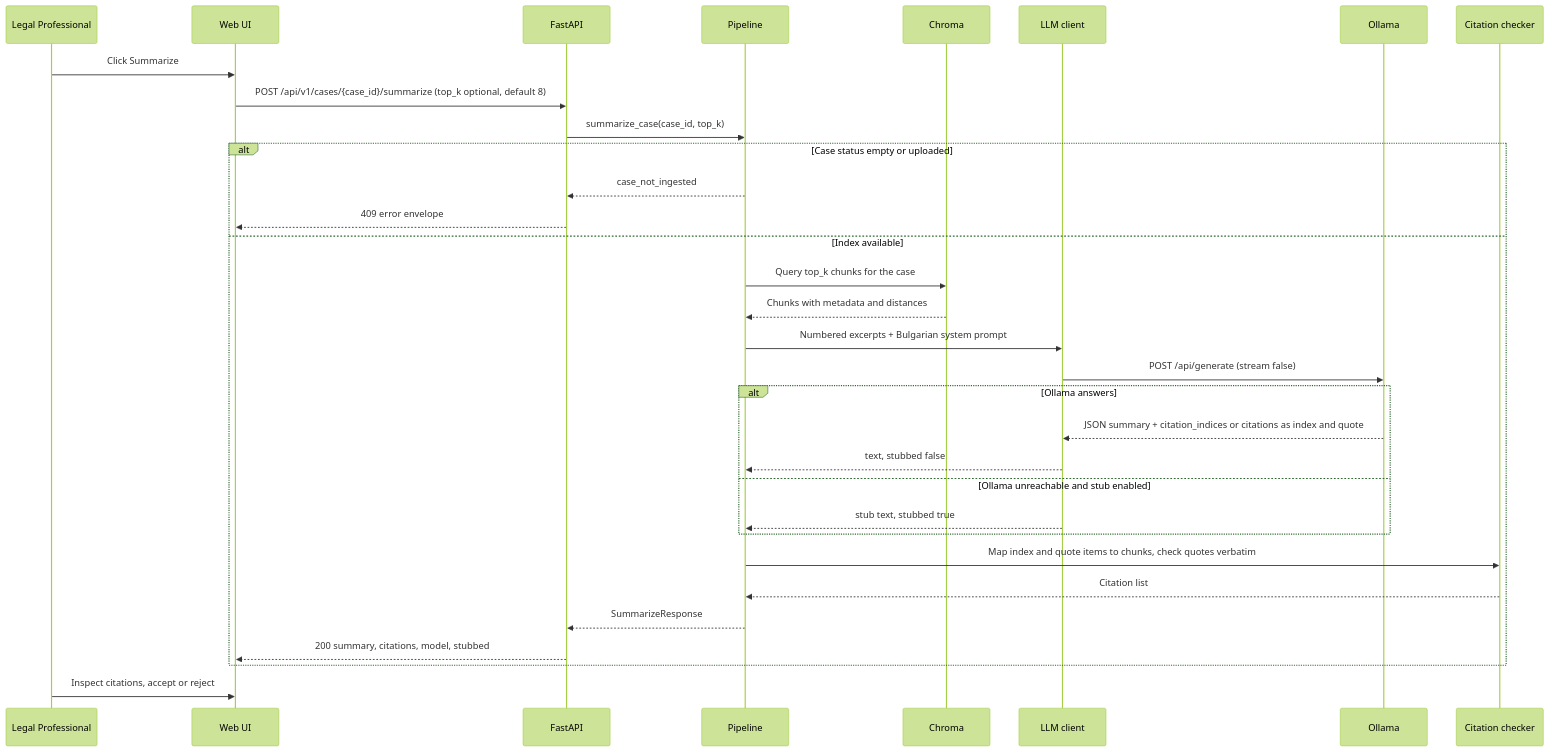
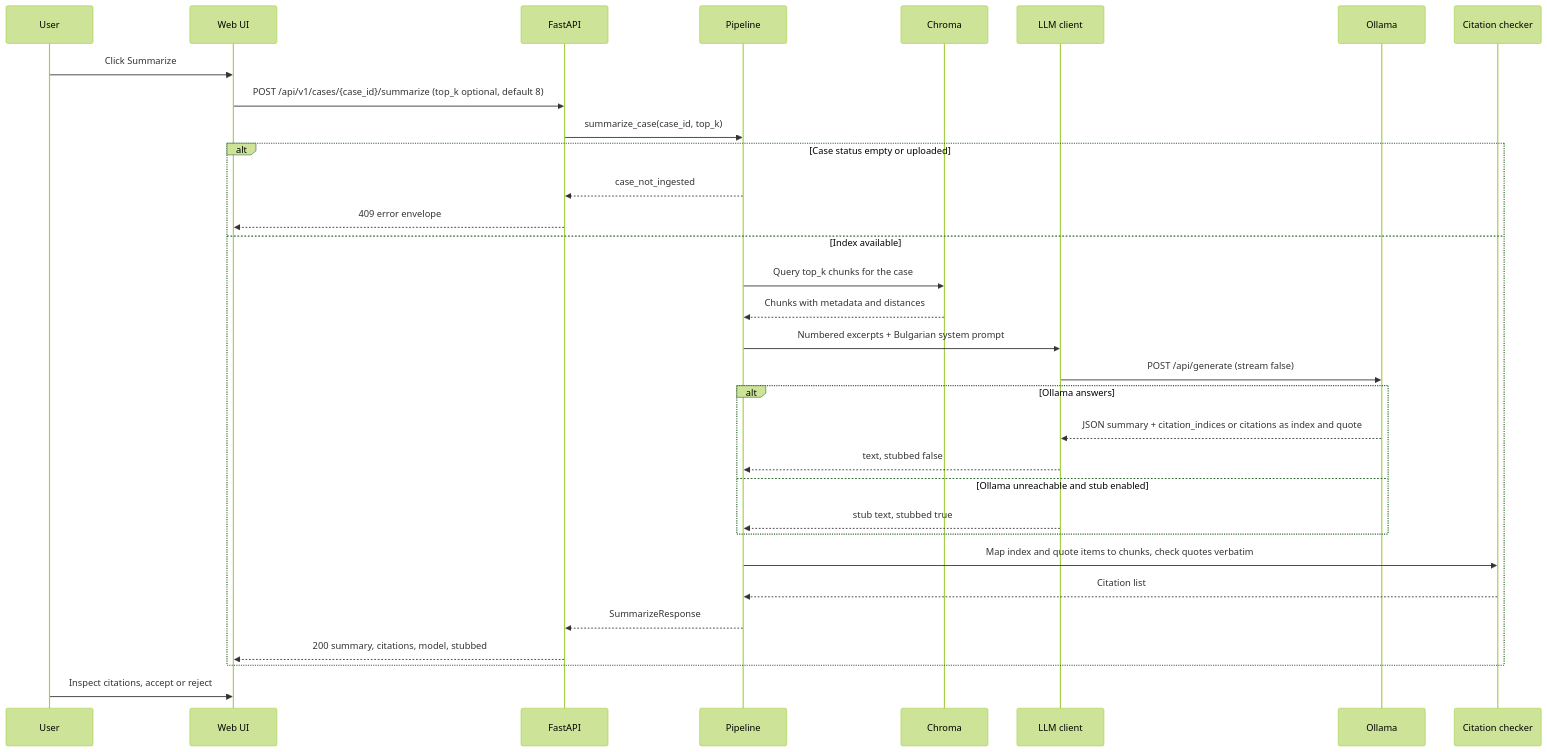
The third of 16 diagrams in docs/architecture-diagrams.md (mdimitrov1298/Legal-Document-Assistant), drawn with Mermaid (forest theme) before and after one commit. The commit also changed other lines of this file and 9 other files, not shown here.

````diff
--- a/docs/architecture-diagrams.md
+++ b/docs/architecture-diagrams.md
@@ -104,35 +104,35 @@
 ```mermaid
 sequenceDiagram
-    participant User as Legal Professional
+    participant User
     participant UI as Web UI
     participant API as FastAPI
     participant Pipe as Pipeline
     participant VS as Chroma
     participant LLM as LLM client
     participant OL as Ollama
     participant Cit as Citation checker
 
     User->>UI: Click Summarize
     UI->>API: POST /api/v1/cases/{case_id}/summarize (top_k optional, default 8)
     API->>Pipe: summarize_case(case_id, top_k)
     alt Case status empty or uploaded
         Pipe-->>API: case_not_ingested
         API-->>UI: 409 error envelope
     else Index available
         Pipe->>VS: Query top_k chunks for the case
         VS-->>Pipe: Chunks with metadata and distances
         Pipe->>LLM: Numbered excerpts + Bulgarian system prompt
         LLM->>OL: POST /api/generate (stream false)
         alt Ollama answers
             OL-->>LLM: JSON summary + citation_indices or citations as index and quote
             LLM-->>Pipe: text, stubbed false
         else Ollama unreachable and stub enabled
             LLM-->>Pipe: stub text, stubbed true
         end
         Pipe->>Cit: Map index and quote items to chunks, check quotes verbatim
         Cit-->>Pipe: Citation list
         Pipe-->>API: SummarizeResponse
         API-->>UI: 200 summary, citations, model, stubbed
     end
     User->>UI: Inspect citations, accept or reject
 ```
````
